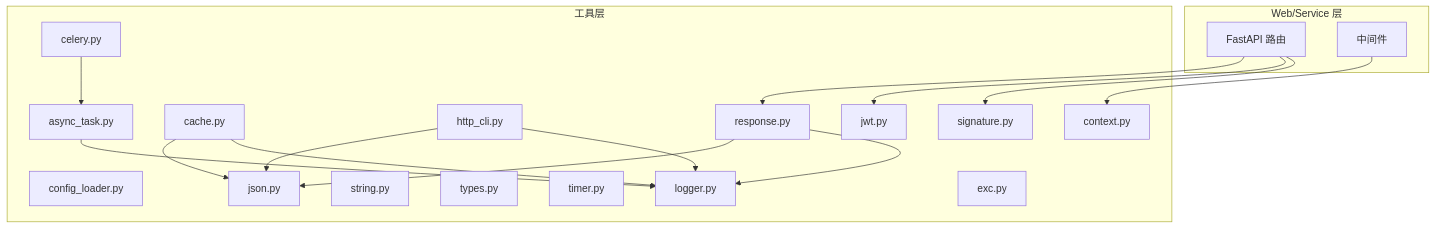
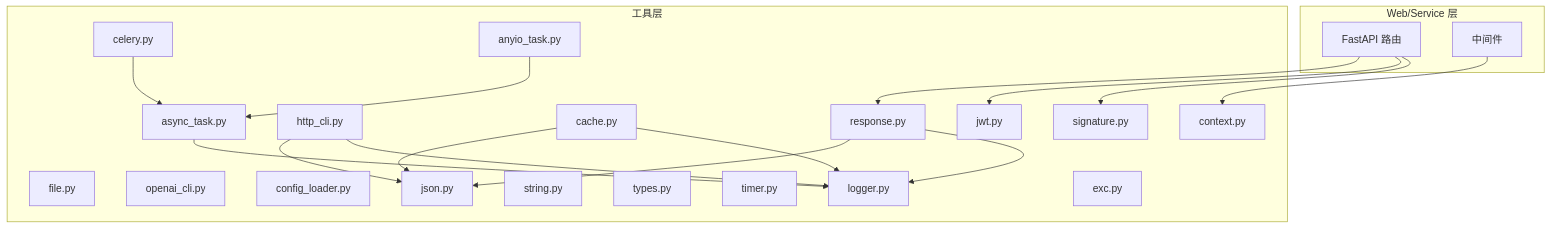
One commit to lilinzezzzzzz/fastapi-backend changed the second of 7 diagrams in .qoder/repowiki/zh/content/基础设施工具/通用工具包.md. Above: the diagram before and after it, drawn with Mermaid. The commit also changed other lines of this file and 38 other files, not shown here.

````diff
--- a/.qoder/repowiki/zh/content/基础设施工具/通用工具包.md
+++ b/.qoder/repowiki/zh/content/基础设施工具/通用工具包.md
@@ -149,36 +150,40 @@
 ```mermaid
 graph TB
 subgraph "Web/Service 层"
 W1["FastAPI 路由"]
 W2["中间件"]
 end
 subgraph "工具层"
 T1["async_task.py"]
-T2["cache.py"]
+T2["file.py"]
 T3["http_cli.py"]
-T4["jwt.py"]
-T5["signature.py"]
-T6["response.py"]
-T7["config_loader.py"]
-T8["context.py"]
-T9["json.py"]
-T10["string.py"]
-T11["types.py"]
-T12["timer.py"]
-T13["celery.py"]
-T14["logger.py"]
-T15["exc.py"]
+T4["openai_cli.py"]
+T5["cache.py"]
+T6["jwt.py"]
+T7["signature.py"]
+T8["response.py"]
+T9["config_loader.py"]
+T10["context.py"]
+T11["json.py"]
+T12["string.py"]
+T13["types.py"]
+T14["timer.py"]
+T15["celery.py"]
+T16["logger.py"]
+T17["exc.py"]
+T18["anyio_task.py"]
 end
+W1 --> T8
 W1 --> T6
-W1 --> T4
-W1 --> T5
-W2 --> T8
-T6 --> T9
-T3 --> T9
-T2 --> T9
-T13 --> T1
-T1 --> T14
-T2 --> T14
-T3 --> T14
-T6 --> T14
+W1 --> T7
+W2 --> T10
+T8 --> T11
+T3 --> T11
+T5 --> T11
+T15 --> T1
+T18 --> T1
+T1 --> T16
+T5 --> T16
+T3 --> T16
+T8 --> T16
 ```
````
